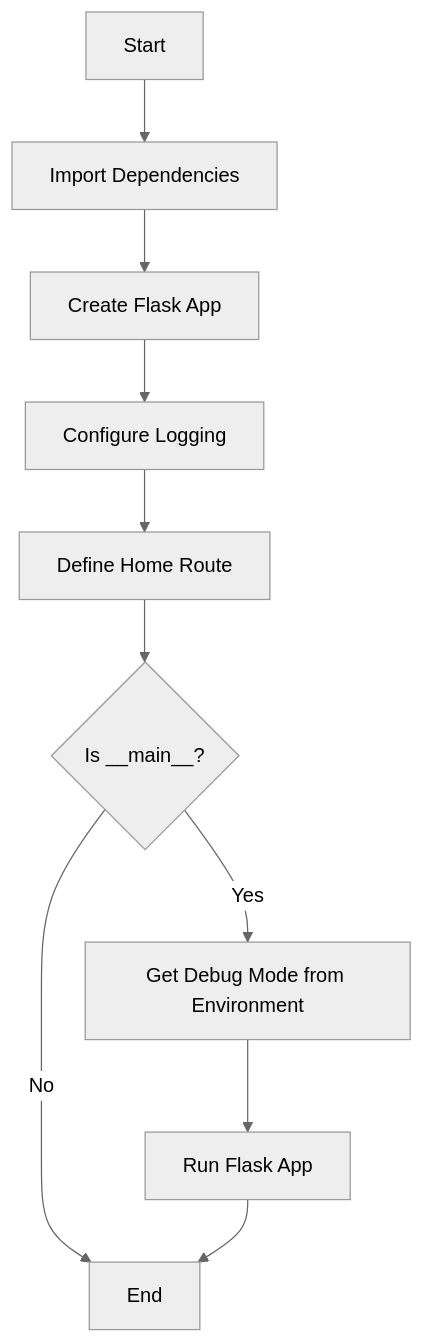
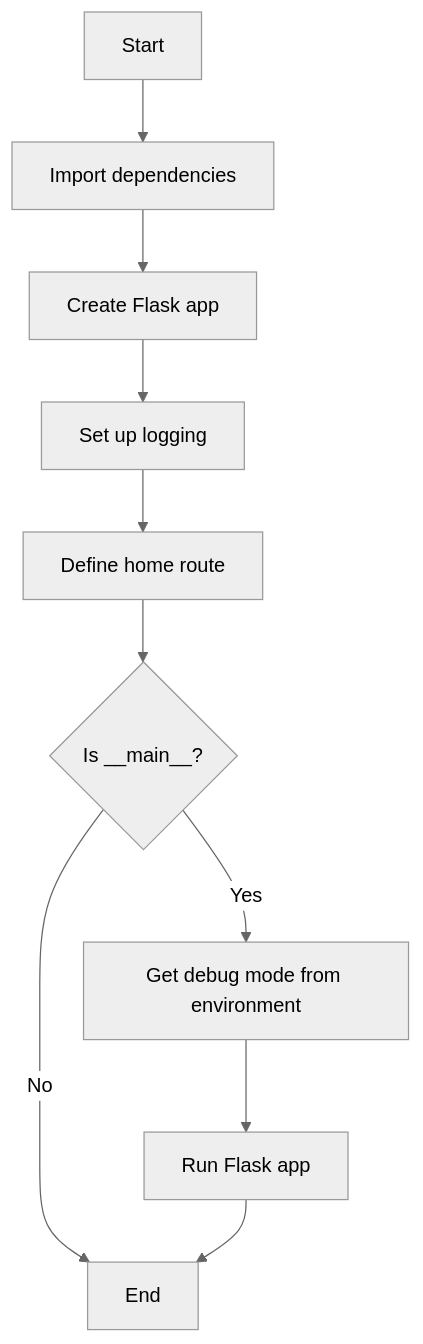
The first of 3 diagrams in DESIGN.md (ashwanth01-pixel/flaskapp), drawn with Mermaid (neutral theme) before and after one commit. The commit also changed other lines of this file and 2 other files, not shown here.

Commit message:
Automated: Add repo analysis, fixes, UML, and design diagram

````diff
--- a/DESIGN.md
+++ b/DESIGN.md
@@ -5,12 +5,12 @@
 ```mermaid
 graph TD
-    A[Start] --> B[Import Dependencies]
-    B --> C[Create Flask App]
-    C --> D[Configure Logging]
-    D --> E[Define Home Route]
+    A[Start] --> B[Import dependencies]
+    B --> C[Create Flask app]
+    C --> D[Set up logging]
+    D --> E[Define home route]
     E --> F{Is __main__?}
-    F -->|Yes| G[Get Debug Mode from Environment]
-    G --> H[Run Flask App]
+    F -->|Yes| G[Get debug mode from environment]
+    G --> H[Run Flask app]
     F -->|No| I[End]
     H --> I
 ```
````
